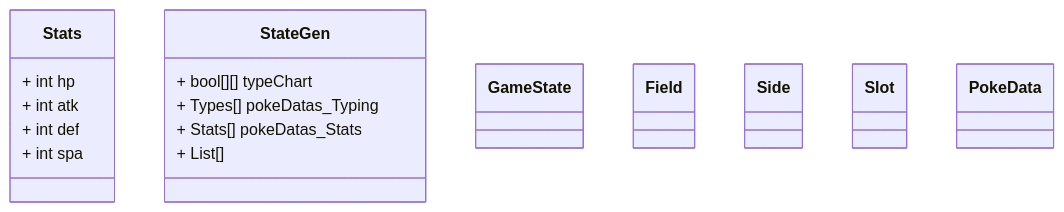
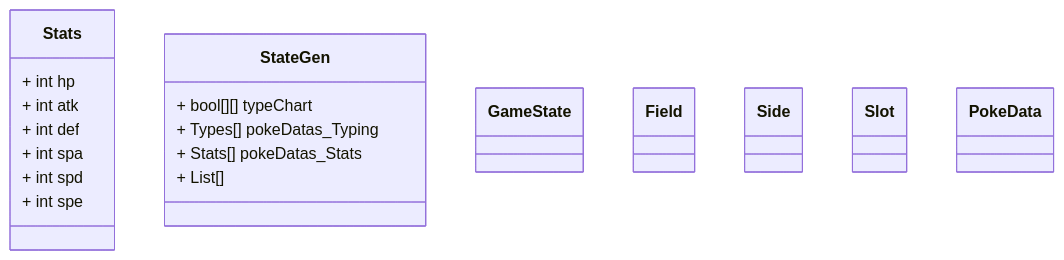
The diagram in all/Untitled.md (UtaSzane/iodraw-files), drawn with Mermaid before and after one commit.

Commit message:
2026-06-07 23:29:59 update

````diff
--- a/all/Untitled.md
+++ b/all/Untitled.md
@@ -1,31 +1,32 @@
 ```mermaid
 classDiagram
     class Stats {
         + int hp
         + int atk
         + int def
         + int spa
-        
+        + int spd
+        + int spe
     }
     class StateGen {
         + bool[][] typeChart
         + Types[] pokeDatas_Typing
         + Stats[] pokeDatas_Stats
         + List[]
     }  
     class GameState {
 
     }
     class Field {
 
     }
     class Side {
 
     }
     class Slot {
 
     }
     class PokeData {
 
     }
 ```
````
